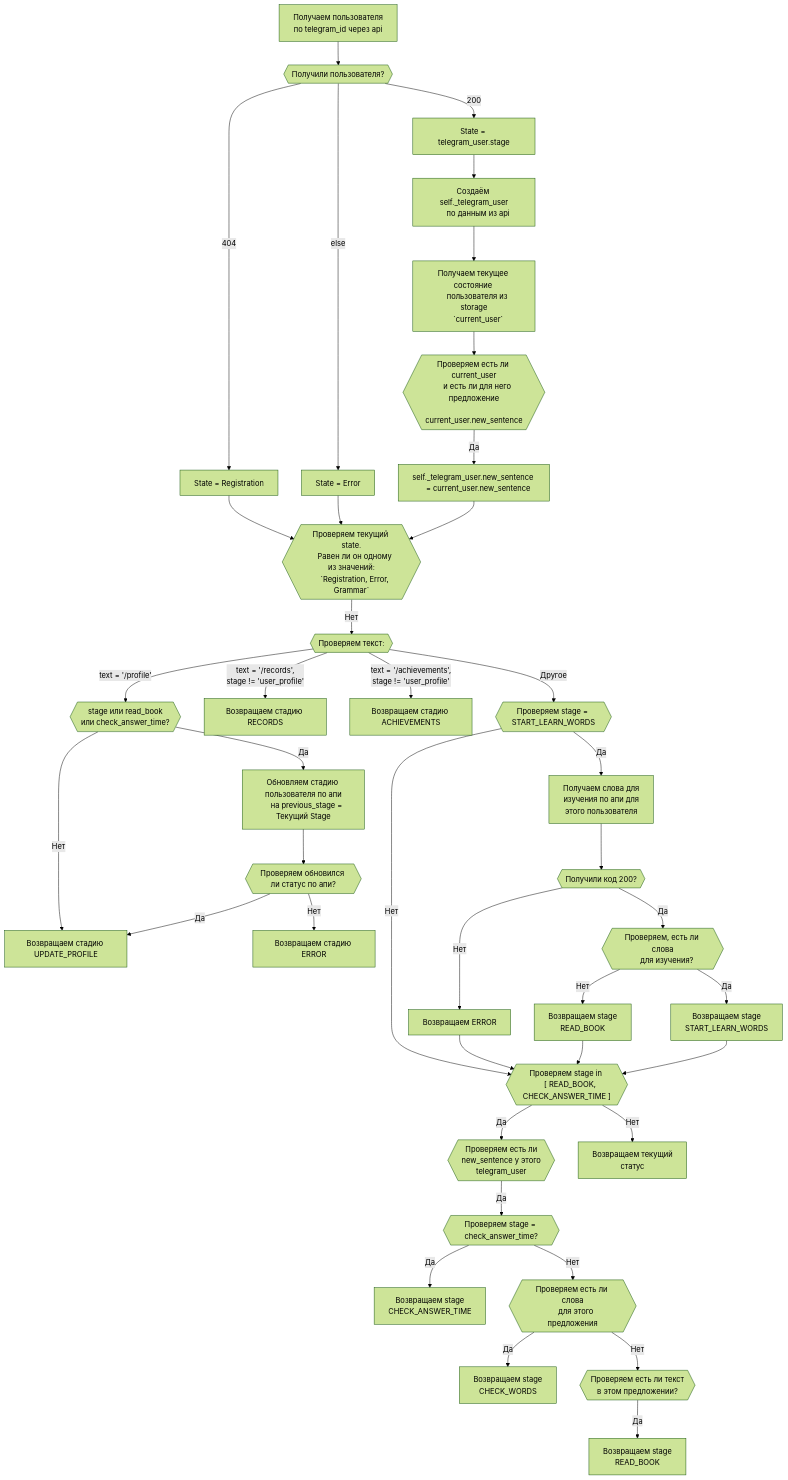
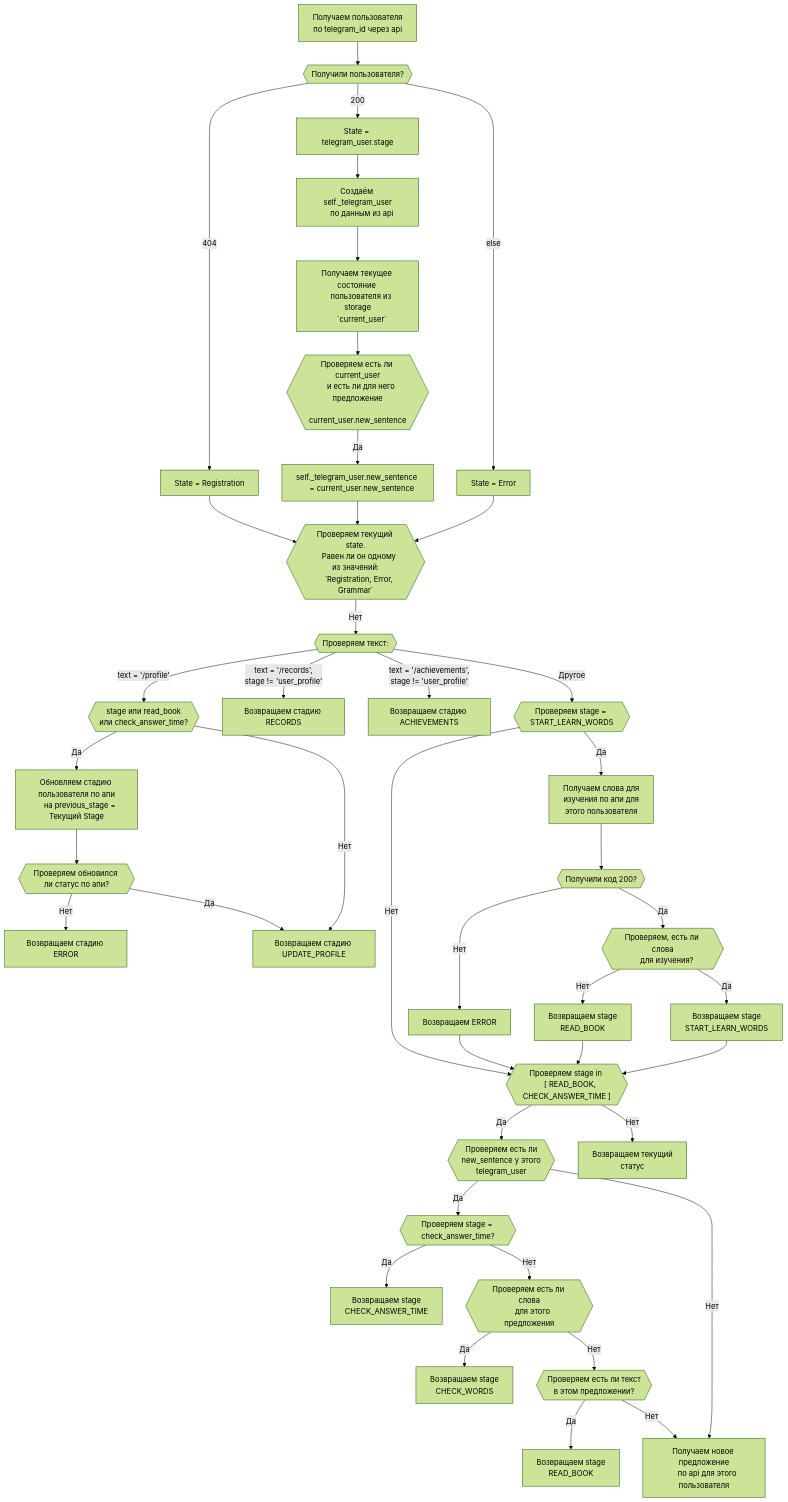
One commit to psgaiduk/learning_en_telegram_bot changed the diagram in documentation/middlewears_set_state.md. Above: the diagram before and after it, drawn with Mermaid (forest theme).

Commit message:
docs(documentation): add get new sentence by api in middlewears_set_state

````diff
--- a/documentation/middlewears_set_state.md
+++ b/documentation/middlewears_set_state.md
@@ -118,5 +118,9 @@
     Возвращаем stage
     READ_BOOK
     ]
-    
+    check_new_sentence --> |Нет| get_new_sentence_by_api[
+    Получаем новое предложение
+    по api для этого пользователя
+    ]
+    check_text_for_sentence --> |Нет| get_new_sentence_by_api
 ```
````
